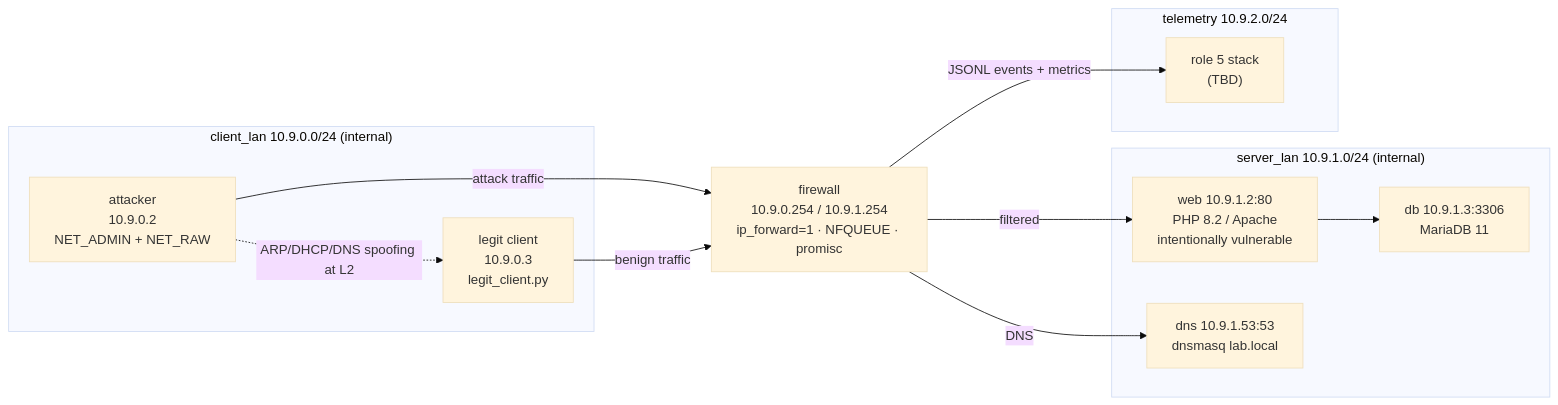
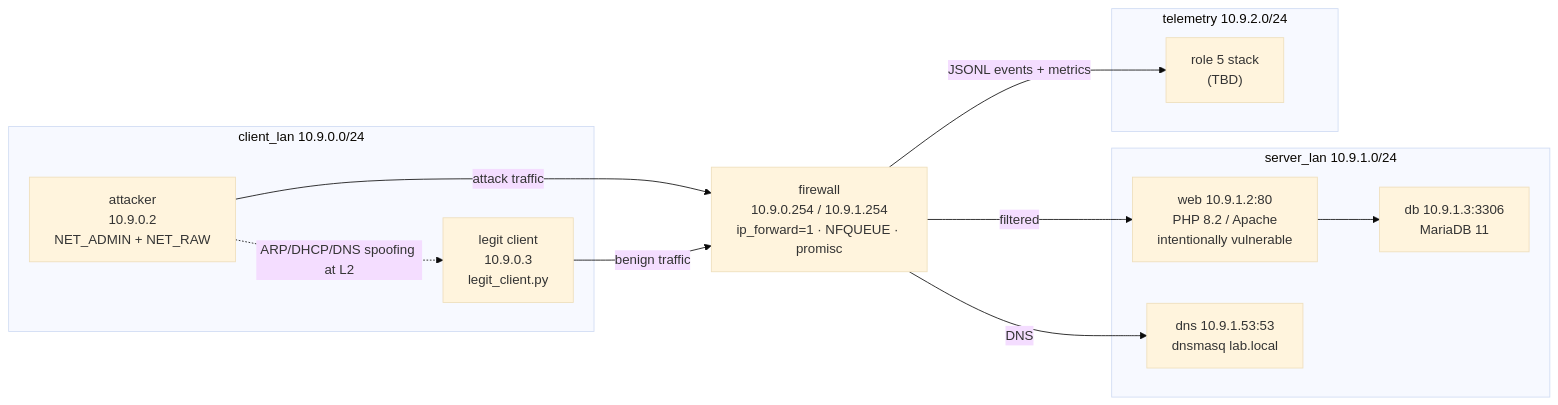
The diagram in year-1/semester-1/SR/SR2627/docs/plan/01-infra.md (yHugoSoares/MCS), drawn with Mermaid (base theme) before and after one commit. The commit also changed other lines of this file and 5 other files, not shown here.

````diff
--- a/year-1/semester-1/SR/SR2627/docs/plan/01-infra.md
+++ b/year-1/semester-1/SR/SR2627/docs/plan/01-infra.md
@@ -61,28 +61,28 @@
 ```mermaid
 flowchart LR
-    subgraph CLIENT["client_lan 10.9.0.0/24 (internal)"]
+    subgraph CLIENT["client_lan 10.9.0.0/24"]
         ATK["attacker<br/>10.9.0.2<br/>NET_ADMIN + NET_RAW"]
         CLI["legit client<br/>10.9.0.3<br/>legit_client.py"]
     end
 
     FW["firewall<br/>10.9.0.254 / 10.9.1.254<br/>ip_forward=1 · NFQUEUE · promisc"]
 
-    subgraph SERVER["server_lan 10.9.1.0/24 (internal)"]
+    subgraph SERVER["server_lan 10.9.1.0/24"]
         WEB["web 10.9.1.2:80<br/>PHP 8.2 / Apache<br/>intentionally vulnerable"]
         DB["db 10.9.1.3:3306<br/>MariaDB 11"]
         DNS["dns 10.9.1.53:53<br/>dnsmasq lab.local"]
     end
 
     subgraph TELE["telemetry 10.9.2.0/24"]
         MON["role 5 stack<br/>(TBD)"]
     end
 
     ATK -->|attack traffic| FW
     CLI -->|benign traffic| FW
     FW -->|filtered| WEB
     WEB --> DB
     FW -->|DNS| DNS
     FW -->|JSONL events + metrics| MON
 
     ATK -. ARP/DHCP/DNS spoofing at L2 .-> CLI
 ```
````
